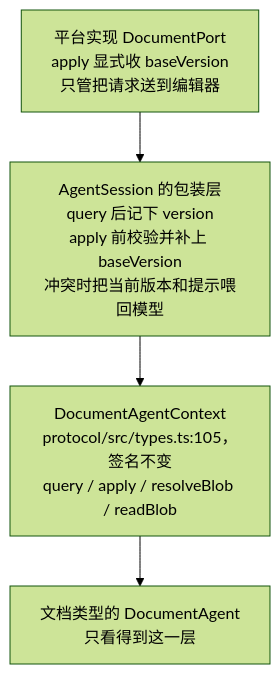
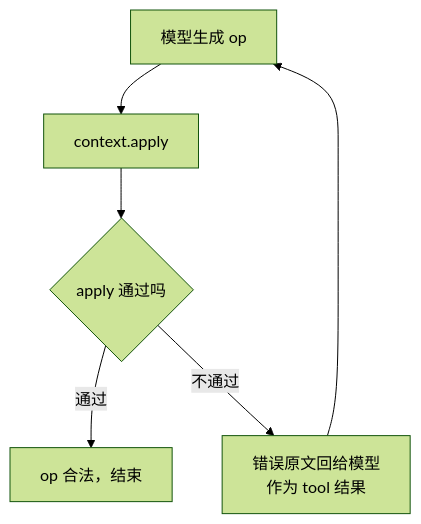
Before and after one commit to shazhou-ww/unidocs: the sixth of 14 diagrams in docs/superpowers/specs/2026-08-26-agent-sdk-design.md, drawn with Mermaid (forest theme). The commit also changed other lines of this file, not shown here.

First line of the commit message:
docs(agent-sdk): 删掉乐观锁包装层,版本不归 agent 管

````diff
--- a/docs/superpowers/specs/2026-08-26-agent-sdk-design.md
+++ b/docs/superpowers/specs/2026-08-26-agent-sdk-design.md
@@ -343,6 +341,8 @@
 ```mermaid
 flowchart TB
-    P["平台实现 DocumentPort<br/>apply 显式收 baseVersion<br/>只管把请求送到编辑器"] --> W["AgentSession 的包装层<br/>query 后记下 version<br/>apply 前校验并补上 baseVersion<br/>冲突时把当前版本和提示喂回模型"]
-    W --> C["DocumentAgentContext<br/>protocol/src/types.ts:105，签名不变<br/>query / apply / resolveBlob / readBlob"]
-    C --> A["文档类型的 DocumentAgent<br/>只看得到这一层"]
+    G["模型生成 op"] --> A["context.apply"]
+    A --> C{"apply 通过吗"}
+    C -->|通过| OK["op 合法，结束"]
+    C -->|不通过| E["错误原文回给模型<br/>作为 tool 结果"]
+    E --> G
 ```
````
